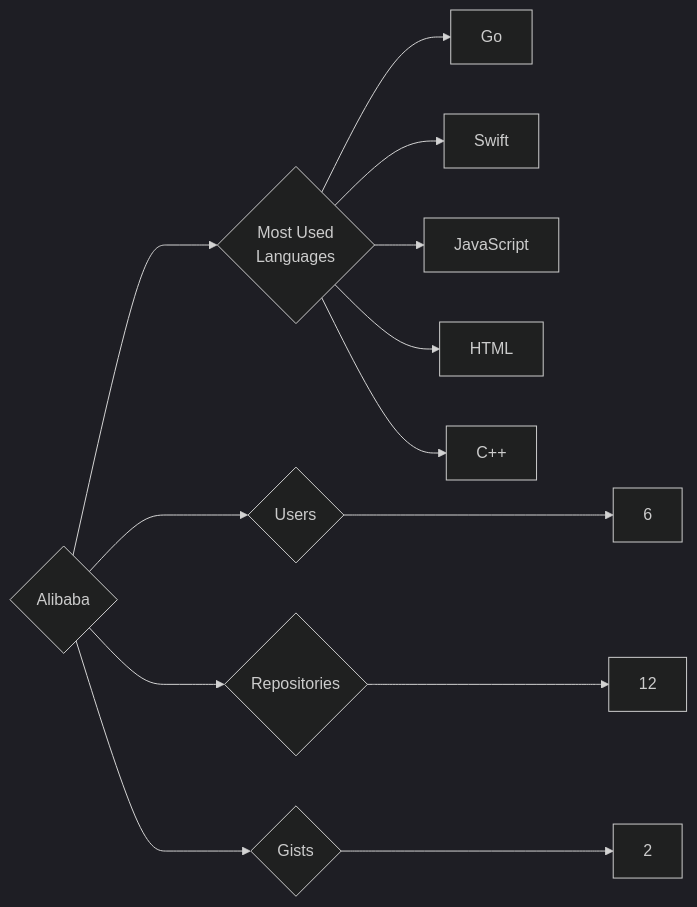
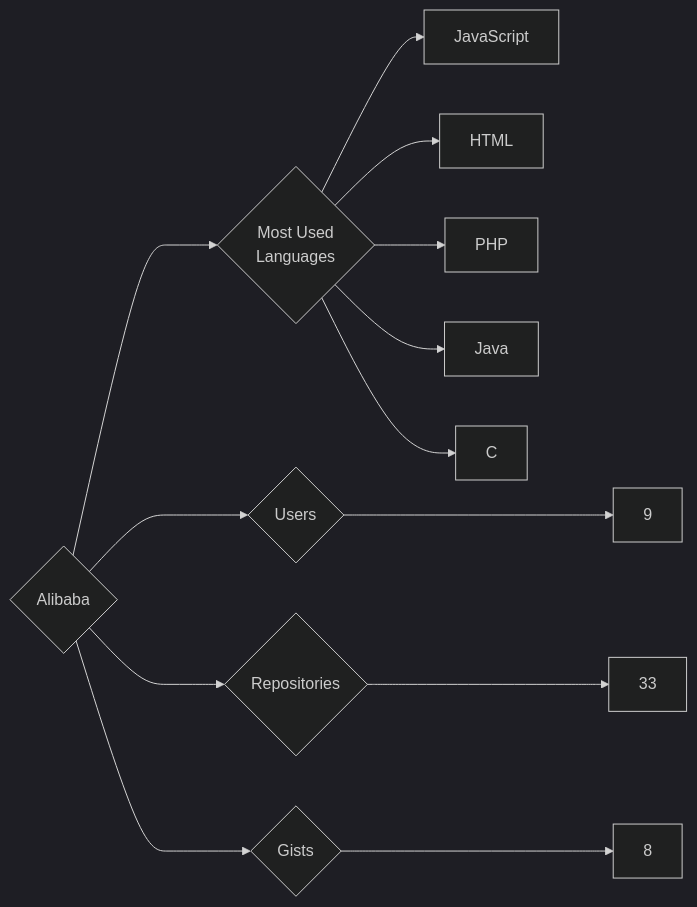
One commit to trickest/insiders changed the diagram in targets/Alibaba/README.md. Above: the diagram before and after it, drawn with Mermaid (dark theme). The commit also changed 1212 other files, not shown here.

````diff
--- a/targets/Alibaba/README.md
+++ b/targets/Alibaba/README.md
@@ -3,13 +3,13 @@
 ```mermaid
 graph LR
 COMPANY_NAME{Alibaba}
-COMPANY_NAME ---> U{Users} ---> UN[6]
-COMPANY_NAME ---> R{Repositories} ---> RN[12]
-COMPANY_NAME ---> G{Gists} ---> GN[2]
+COMPANY_NAME ---> U{Users} ---> UN[9]
+COMPANY_NAME ---> R{Repositories} ---> RN[33]
+COMPANY_NAME ---> G{Gists} ---> GN[8]
 COMPANY_NAME ---> ML{Most Used<br>Languages}
-ML --> Go[Go]
-ML --> Swift[Swift]
 ML --> JavaScript[JavaScript]
 ML --> HTML[HTML]
-ML --> C++[C++]
+ML --> PHP[PHP]
+ML --> Java[Java]
+ML --> C[C]
 ```
````
